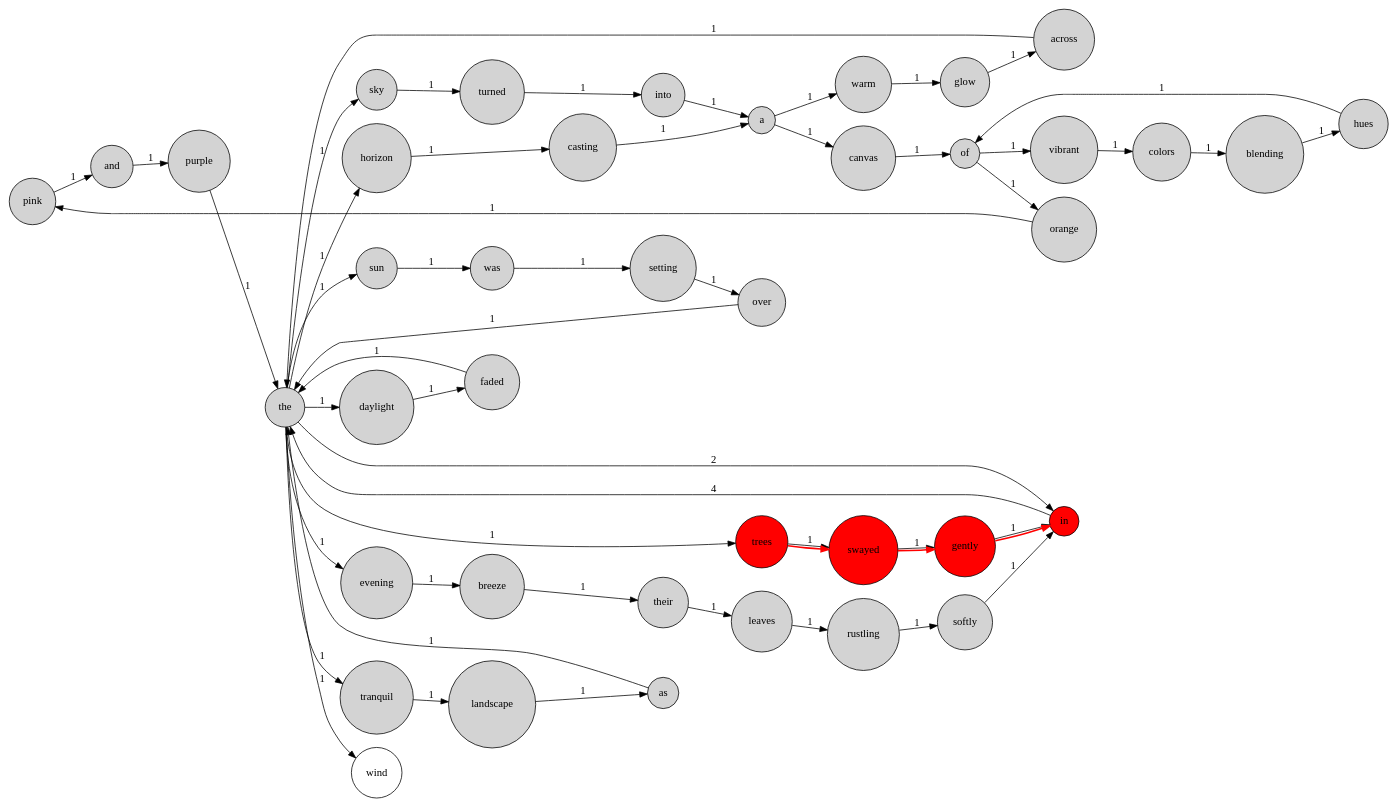
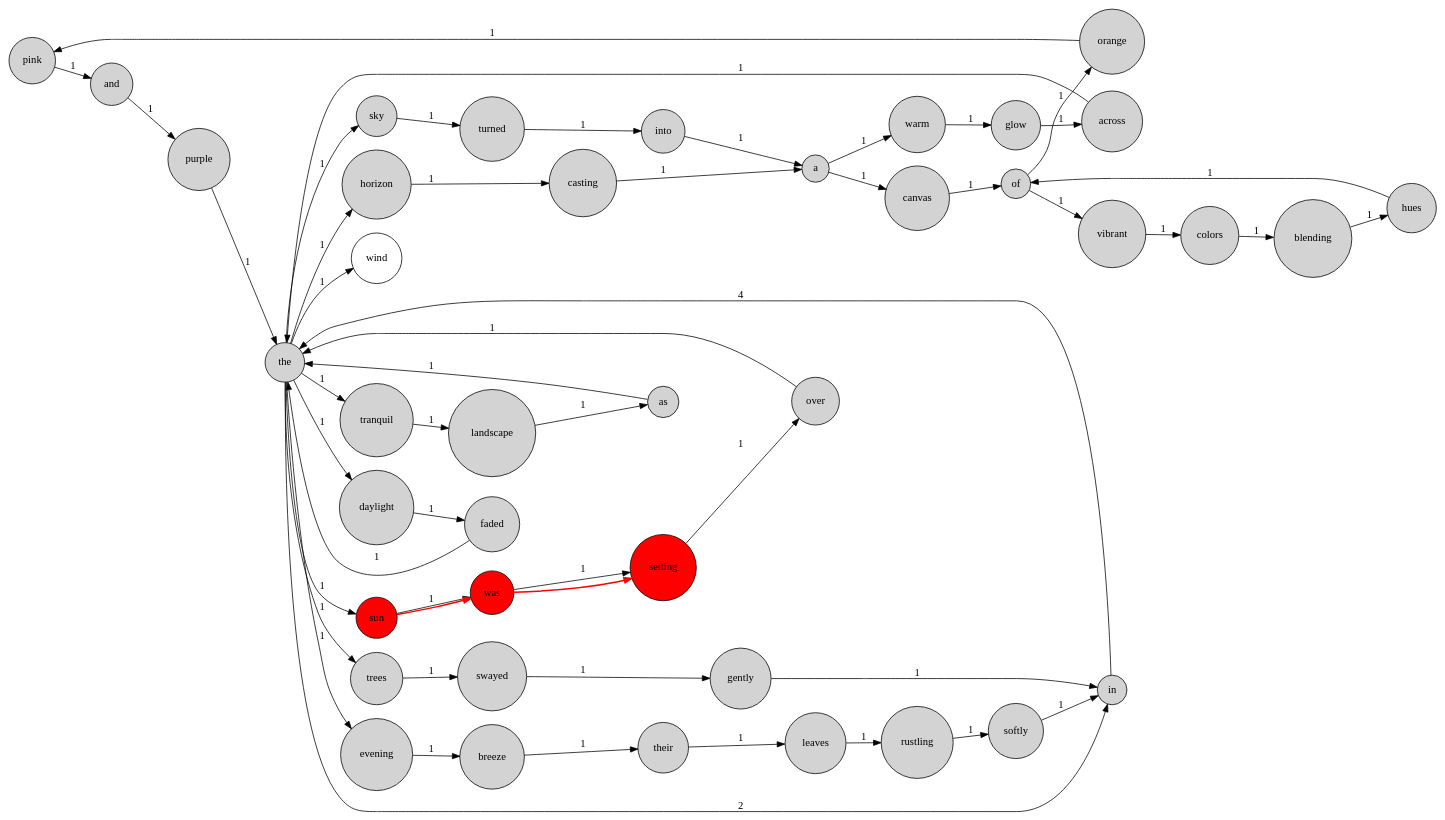
The diagram in graph.dot (0sanqian00/Lab1), drawn with Graphviz before and after one commit. The commit also changed 5 other files, not shown here.

```diff
--- a/graph.dot
+++ b/graph.dot
@@ -1,99 +1,97 @@
 digraph G {
   rankdir=LR;
   node[shape=circle];
   "pink" [style=filled, fillcolor=lightgray];
   "swayed" [style=filled, fillcolor=lightgray];
   "turned" [style=filled, fillcolor=lightgray];
   "their" [style=filled, fillcolor=lightgray];
   "hues" [style=filled, fillcolor=lightgray];
   "rustling" [style=filled, fillcolor=lightgray];
   "trees" [style=filled, fillcolor=lightgray];
   "sun" [style=filled, fillcolor=lightgray];
   "colors" [style=filled, fillcolor=lightgray];
   "setting" [style=filled, fillcolor=lightgray];
   "into" [style=filled, fillcolor=lightgray];
   "across" [style=filled, fillcolor=lightgray];
   "leaves" [style=filled, fillcolor=lightgray];
   "and" [style=filled, fillcolor=lightgray];
   "of" [style=filled, fillcolor=lightgray];
   "casting" [style=filled, fillcolor=lightgray];
   "blending" [style=filled, fillcolor=lightgray];
   "sky" [style=filled, fillcolor=lightgray];
   "over" [style=filled, fillcolor=lightgray];
   "a" [style=filled, fillcolor=lightgray];
   "vibrant" [style=filled, fillcolor=lightgray];
   "canvas" [style=filled, fillcolor=lightgray];
   "faded" [style=filled, fillcolor=lightgray];
   "in" [style=filled, fillcolor=lightgray];
   "was" [style=filled, fillcolor=lightgray];
   "tranquil" [style=filled, fillcolor=lightgray];
   "breeze" [style=filled, fillcolor=lightgray];
   "orange" [style=filled, fillcolor=lightgray];
   "the" [style=filled, fillcolor=lightgray];
   "horizon" [style=filled, fillcolor=lightgray];
   "as" [style=filled, fillcolor=lightgray];
   "warm" [style=filled, fillcolor=lightgray];
   "daylight" [style=filled, fillcolor=lightgray];
   "gently" [style=filled, fillcolor=lightgray];
   "purple" [style=filled, fillcolor=lightgray];
   "evening" [style=filled, fillcolor=lightgray];
   "glow" [style=filled, fillcolor=lightgray];
   "softly" [style=filled, fillcolor=lightgray];
   "landscape" [style=filled, fillcolor=lightgray];
   "pink" -> "and" [label="1"];
   "swayed" -> "gently" [label="1"];
   "turned" -> "into" [label="1"];
   "their" -> "leaves" [label="1"];
   "hues" -> "of" [label="1"];
   "rustling" -> "softly" [label="1"];
   "trees" -> "swayed" [label="1"];
   "sun" -> "was" [label="1"];
   "colors" -> "blending" [label="1"];
   "setting" -> "over" [label="1"];
   "into" -> "a" [label="1"];
   "across" -> "the" [label="1"];
   "leaves" -> "rustling" [label="1"];
   "and" -> "purple" [label="1"];
   "of" -> "orange" [label="1"];
   "of" -> "vibrant" [label="1"];
   "casting" -> "a" [label="1"];
   "blending" -> "hues" [label="1"];
   "sky" -> "turned" [label="1"];
   "over" -> "the" [label="1"];
   "a" -> "warm" [label="1"];
   "a" -> "canvas" [label="1"];
   "vibrant" -> "colors" [label="1"];
   "canvas" -> "of" [label="1"];
   "faded" -> "the" [label="1"];
   "in" -> "the" [label="4"];
   "was" -> "setting" [label="1"];
   "tranquil" -> "landscape" [label="1"];
   "breeze" -> "their" [label="1"];
   "orange" -> "pink" [label="1"];
   "the" -> "sky" [label="1"];
   "the" -> "horizon" [label="1"];
   "the" -> "daylight" [label="1"];
   "the" -> "in" [label="2"];
   "the" -> "tranquil" [label="1"];
   "the" -> "evening" [label="1"];
   "the" -> "sun" [label="1"];
   "the" -> "trees" [label="1"];
   "the" -> "wind" [label="1"];
   "horizon" -> "casting" [label="1"];
   "as" -> "the" [label="1"];
   "warm" -> "glow" [label="1"];
   "daylight" -> "faded" [label="1"];
   "gently" -> "in" [label="1"];
   "purple" -> "the" [label="1"];
   "evening" -> "breeze" [label="1"];
   "glow" -> "across" [label="1"];
   "softly" -> "in" [label="1"];
   "landscape" -> "as" [label="1"];
-  "trees" [style=filled, fillcolor=red];
-  "swayed" [style=filled, fillcolor=red];
-  "gently" [style=filled, fillcolor=red];
-  "in" [style=filled, fillcolor=red];
-  "trees" -> "swayed" [color=red, style=bold];
-  "swayed" -> "gently" [color=red, style=bold];
-  "gently" -> "in" [color=red, style=bold];
+  "sun" [style=filled, fillcolor=red];
+  "was" [style=filled, fillcolor=red];
+  "setting" [style=filled, fillcolor=red];
+  "sun" -> "was" [color=red, style=bold];
+  "was" -> "setting" [color=red, style=bold];
 }
```
